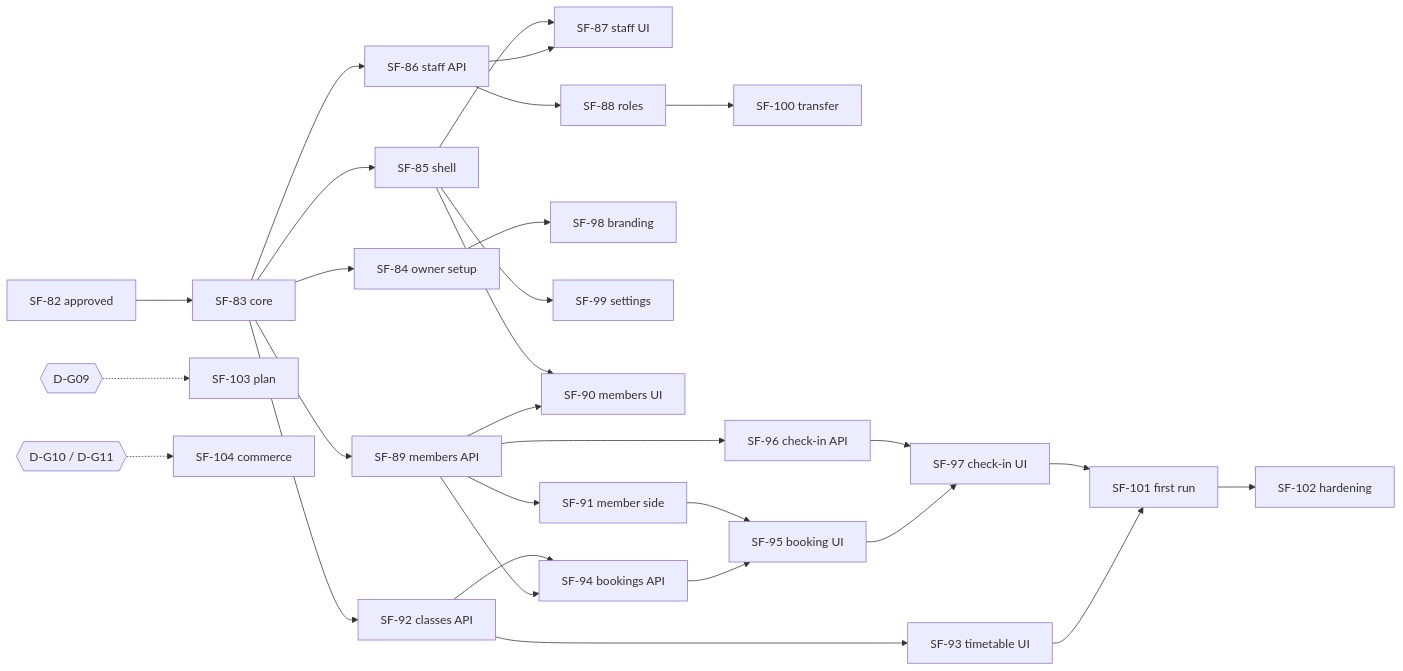
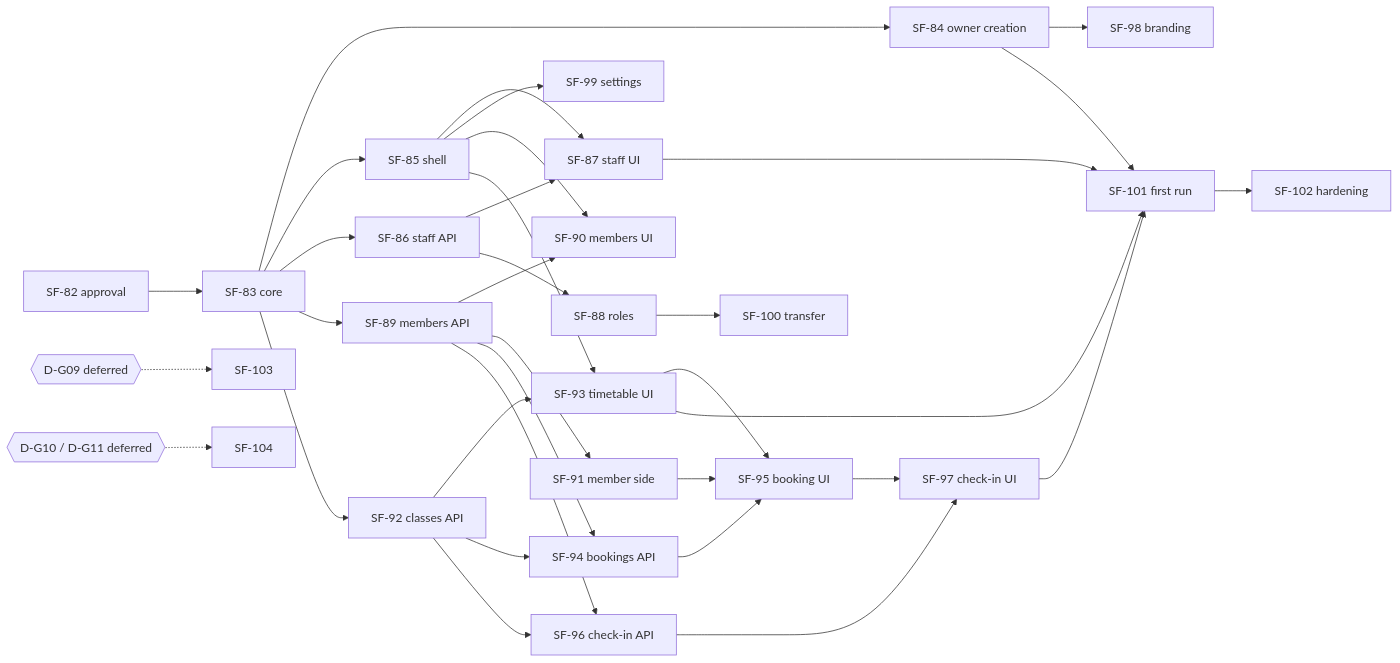
One commit to EugeniBykovski/simplefit-api changed the diagram in docs/architecture/proposals/SF-82-gym/09-dependency-matrix.md. Above: the diagram before and after it, drawn with Mermaid. The commit also changed other lines of this file and 13 other files, not shown here.

````diff
--- a/docs/architecture/proposals/SF-82-gym/09-dependency-matrix.md
+++ b/docs/architecture/proposals/SF-82-gym/09-dependency-matrix.md
@@ -37,31 +55,36 @@
 ```mermaid
 flowchart LR
-  S82[SF-82 approved] --> S83[SF-83 core]
-  S83 --> S84[SF-84 owner setup]
+  S82[SF-82 approval] --> S83[SF-83 core]
+  S83 --> S84[SF-84 owner creation]
   S83 --> S85[SF-85 shell]
   S83 --> S86[SF-86 staff API]
   S83 --> S89[SF-89 members API]
   S83 --> S92[SF-92 classes API]
   S86 --> S87[SF-87 staff UI]
   S85 --> S87
   S86 --> S88[SF-88 roles]
   S88 --> S100[SF-100 transfer]
   S84 --> S98[SF-98 branding]
   S85 --> S99[SF-99 settings]
   S89 --> S90[SF-90 members UI]
   S85 --> S90
   S89 --> S91[SF-91 member side]
   S92 --> S93[SF-93 timetable UI]
+  S85 --> S93
   S89 --> S94[SF-94 bookings API]
   S92 --> S94
   S94 --> S95[SF-95 booking UI]
   S91 --> S95
+  S93 --> S95
   S89 --> S96[SF-96 check-in API]
+  S92 --> S96
   S95 --> S97[SF-97 check-in UI]
   S96 --> S97
-  S93 --> S101[SF-101 first run]
+  S84 --> S101[SF-101 first run]
+  S87 --> S101
+  S93 --> S101
   S97 --> S101
   S101 --> S102[SF-102 hardening]
-  D09{{D-G09}} -.-> S103[SF-103 plan]
-  D10{{D-G10 / D-G11}} -.-> S104[SF-104 commerce]
+  D09{{D-G09 deferred}} -.-> S103[SF-103]
+  D10{{D-G10 / D-G11 deferred}} -.-> S104[SF-104]
 ```
````
